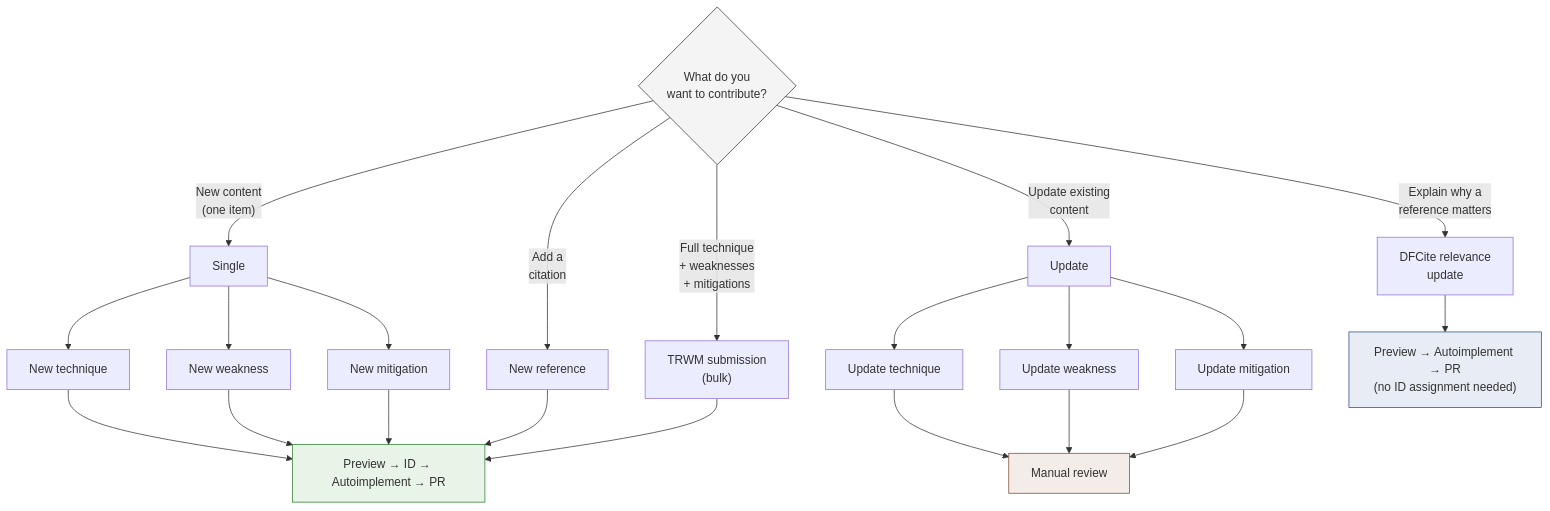
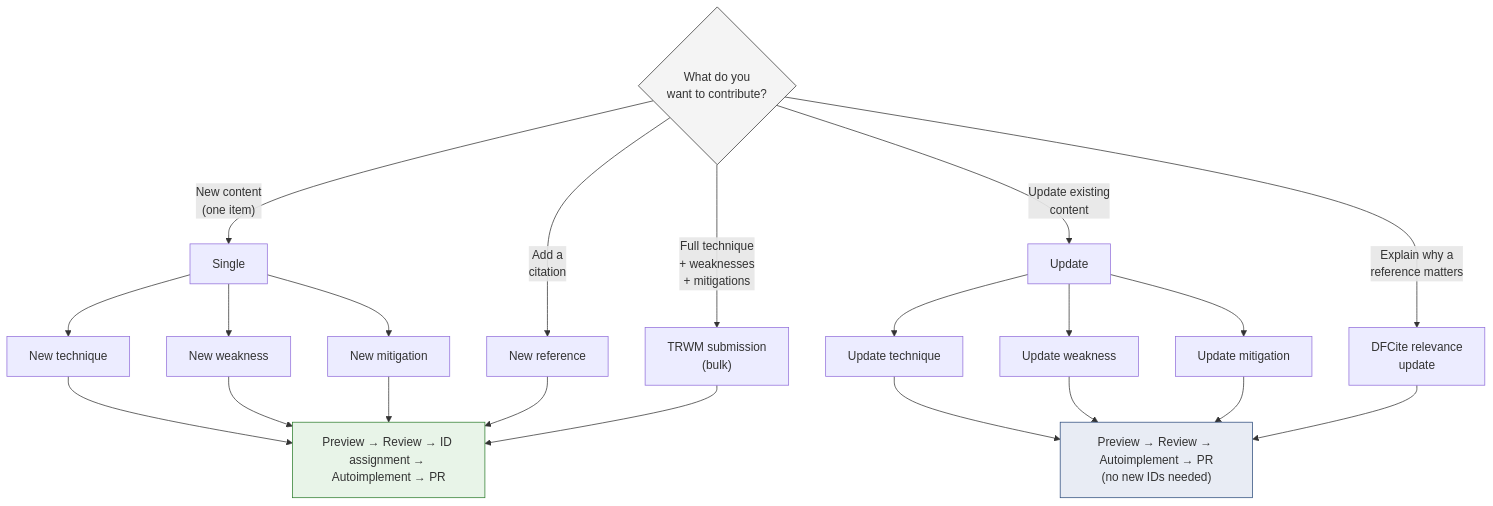
One commit to SOLVE-IT-DF/solve-it changed the ninth of 9 diagrams in CONTRIBUTOR_GUIDE.md. Above: the diagram before and after it, drawn with Mermaid. The commit also changed other lines of this file and 1 other file, not shown here.

````diff
--- a/CONTRIBUTOR_GUIDE.md
+++ b/CONTRIBUTOR_GUIDE.md
@@ -535,35 +485,34 @@
 ```mermaid
 flowchart TD
     Start{"What do you<br/>want to contribute?"}
 
     Start -->|"New content<br/>(one item)"| Single
     Start -->|"Full technique<br/>+ weaknesses<br/>+ mitigations"| TRWM["TRWM submission<br/>(bulk)"]
     Start -->|"Update existing<br/>content"| Update
     Start -->|"Add a<br/>citation"| Ref["New reference"]
     Start -->|"Explain why a<br/>reference matters"| Rel["DFCite relevance<br/>update"]
 
     Single --> ST["New technique"]
     Single --> SW["New weakness"]
     Single --> SM["New mitigation"]
 
     Update --> UT["Update technique"]
     Update --> UW["Update weakness"]
     Update --> UM["Update mitigation"]
 
-    ST --> Pipeline1["Preview → ID → Autoimplement → PR"]
+    ST --> Pipeline1["Preview → Review → ID assignment → Autoimplement → PR"]
     SW --> Pipeline1
     SM --> Pipeline1
     Ref --> Pipeline1
     TRWM --> Pipeline1
 
-    UT --> Pipeline2["Manual review"]
+    UT --> Pipeline2["Preview → Review → Autoimplement → PR<br/>(no new IDs needed)"]
     UW --> Pipeline2
     UM --> Pipeline2
 
-    Rel --> Pipeline3["Preview → Autoimplement → PR<br/>(no ID assignment needed)"]
+    Rel --> Pipeline2
 
     style Start fill:#f4f4f4,stroke:#333
     style Pipeline1 fill:#e8f4e8,stroke:#2d7d2d
-    style Pipeline2 fill:#f4ece8,stroke:#7d4d2d
-    style Pipeline3 fill:#e8ecf4,stroke:#2d4d7d
+    style Pipeline2 fill:#e8ecf4,stroke:#2d4d7d
 ```
````
